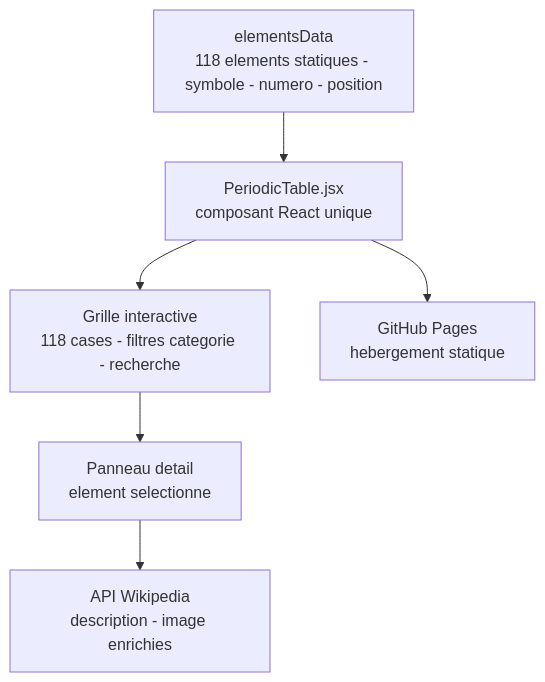
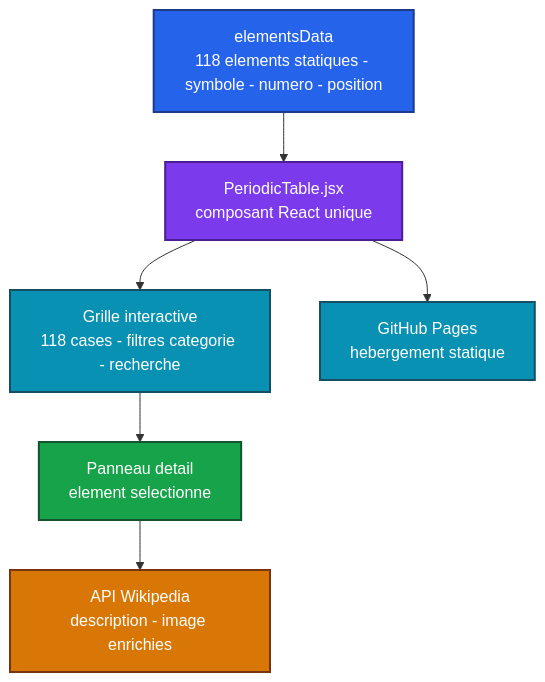
The diagram in README.md (Adam-Blf/Mendelieve.io), drawn with Mermaid before and after one commit.

Commit message:
docs: add colors to mermaid diagrams (#4)
Each node gets a palette class (by subgraph or by flow depth), subgraphs are tinted, non-flowchart diagrams use a colored base theme. Validated by rendering every diagram before and after.

````diff
--- a/README.md
+++ b/README.md
@@ -21,14 +21,25 @@
 ```mermaid
 flowchart TB
     A["PeriodicTable.jsx<br/>composant React unique"]
     B["elementsData<br/>118 elements statiques - symbole - numero - position"]
     C["Grille interactive<br/>118 cases - filtres categorie - recherche"]
     D["Panneau detail<br/>element selectionne"]
     E["API Wikipedia<br/>description - image enrichies"]
     F["GitHub Pages<br/>hebergement statique"]
     B --> A
     A --> C
     C --> D
     D --> E
     A --> F
+
+    classDef c0 fill:#2563eb,stroke:#1e3a8a,stroke-width:2px,color:#ffffff
+    classDef c1 fill:#7c3aed,stroke:#4c1d95,stroke-width:2px,color:#ffffff
+    classDef c2 fill:#0891b2,stroke:#164e63,stroke-width:2px,color:#ffffff
+    classDef c3 fill:#16a34a,stroke:#14532d,stroke-width:2px,color:#ffffff
+    classDef c4 fill:#d97706,stroke:#78350f,stroke-width:2px,color:#ffffff
+    class B c0
+    class A c1
+    class C,F c2
+    class D c3
+    class E c4
 ```
````
